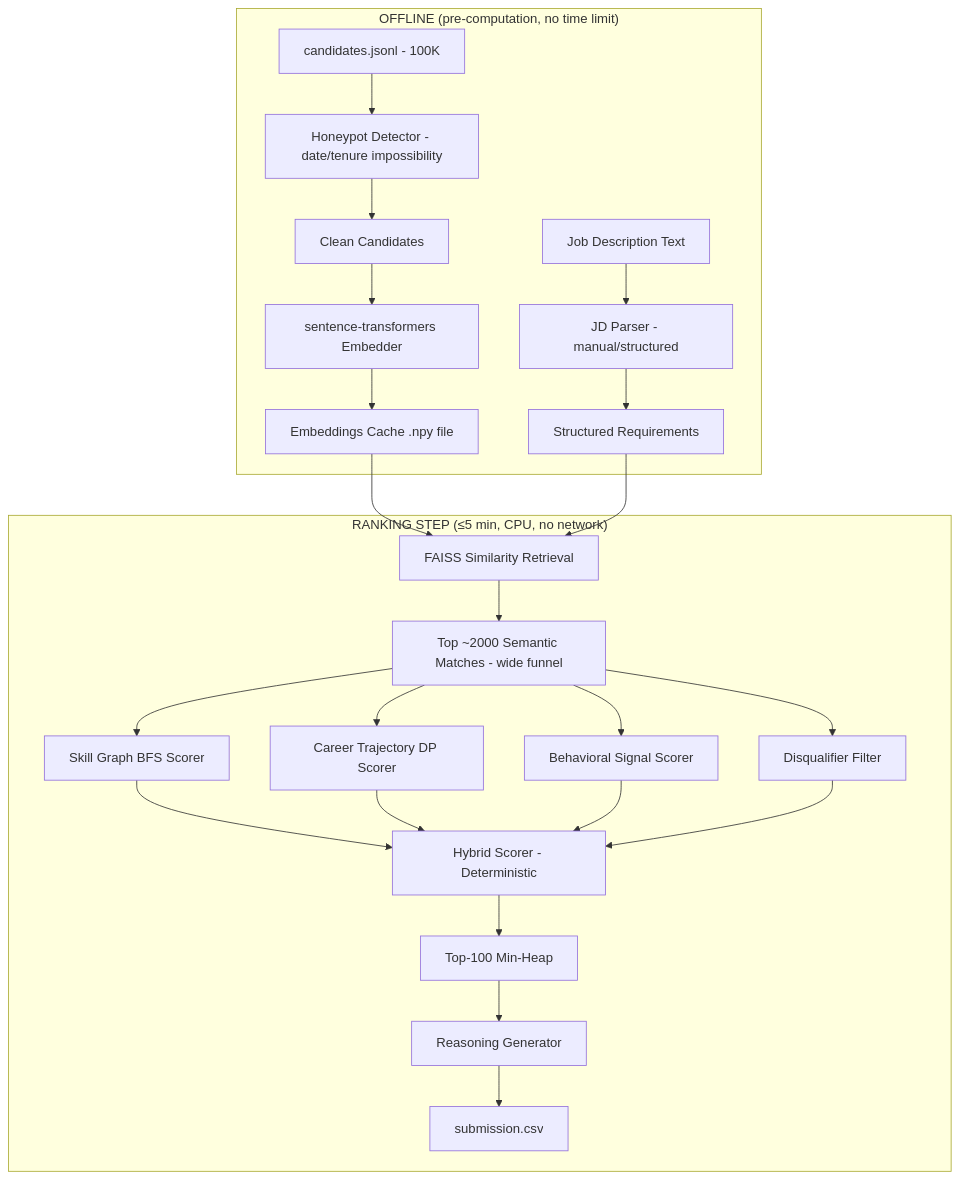
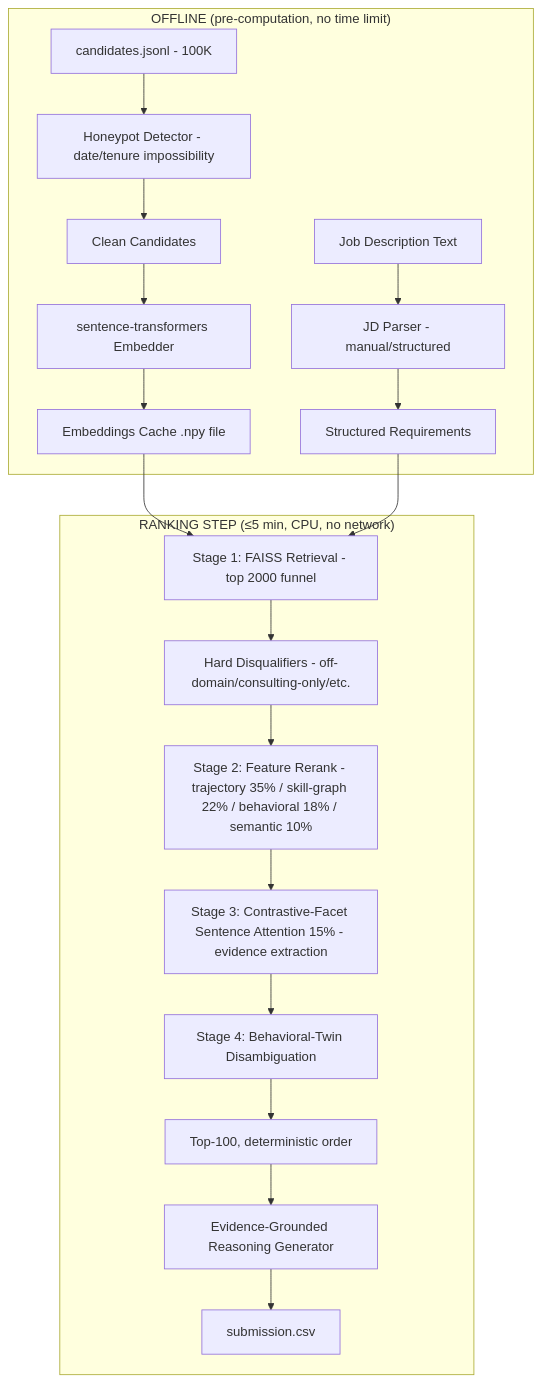
The diagram in README.md (ojas4414/IndiaRun), drawn with Mermaid before and after one commit. The commit also changed other lines of this file, not shown here.

First line of the commit message:
docs: refresh README - drop stale team branding, update architecture diagram, add deliverables/live-sandbox sections

````diff
--- a/README.md
+++ b/README.md
@@ -12,28 +14,23 @@
 ```mermaid
 graph TD
     subgraph "OFFLINE (pre-computation, no time limit)"
         JD[Job Description Text] --> JDP[JD Parser - manual/structured]
         JDP --> REQ[Structured Requirements]
         CAND[candidates.jsonl - 100K] --> HONEY[Honeypot Detector - date/tenure impossibility]
         HONEY --> CLEAN[Clean Candidates]
         CLEAN --> EMB[sentence-transformers Embedder]
         EMB --> CACHE[Embeddings Cache .npy file]
     end
 
     subgraph "RANKING STEP (≤5 min, CPU, no network)"
-        CACHE --> FAISS[FAISS Similarity Retrieval]
+        CACHE --> FAISS[Stage 1: FAISS Retrieval - top 2000 funnel]
         REQ --> FAISS
-        FAISS --> TOP_N[Top ~2000 Semantic Matches - wide funnel]
-        TOP_N --> SKILL[Skill Graph BFS Scorer]
-        TOP_N --> TRAJ[Career Trajectory DP Scorer]
-        TOP_N --> BEHAV[Behavioral Signal Scorer]
-        TOP_N --> DISQ[Disqualifier Filter]
-        SKILL --> HYBRID[Hybrid Scorer - Deterministic]
-        TRAJ --> HYBRID
-        BEHAV --> HYBRID
-        DISQ --> HYBRID
-        HYBRID --> HEAP[Top-100 Min-Heap]
-        HEAP --> REASON[Reasoning Generator]
+        FAISS --> DISQ[Hard Disqualifiers - off-domain/consulting-only/etc.]
+        DISQ --> FEAT["Stage 2: Feature Rerank - trajectory 35% / skill-graph 22% / behavioral 18% / semantic 10%"]
+        FEAT --> ATTN[Stage 3: Contrastive-Facet Sentence Attention 15% - evidence extraction]
+        ATTN --> TWIN[Stage 4: Behavioral-Twin Disambiguation]
+        TWIN --> TOP100[Top-100, deterministic order]
+        TOP100 --> REASON[Evidence-Grounded Reasoning Generator]
         REASON --> CSV[submission.csv]
     end
 ```
````
